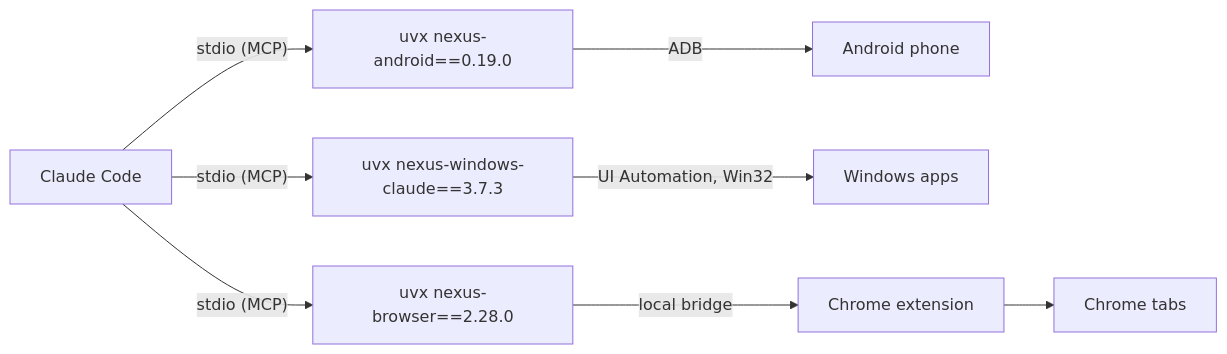
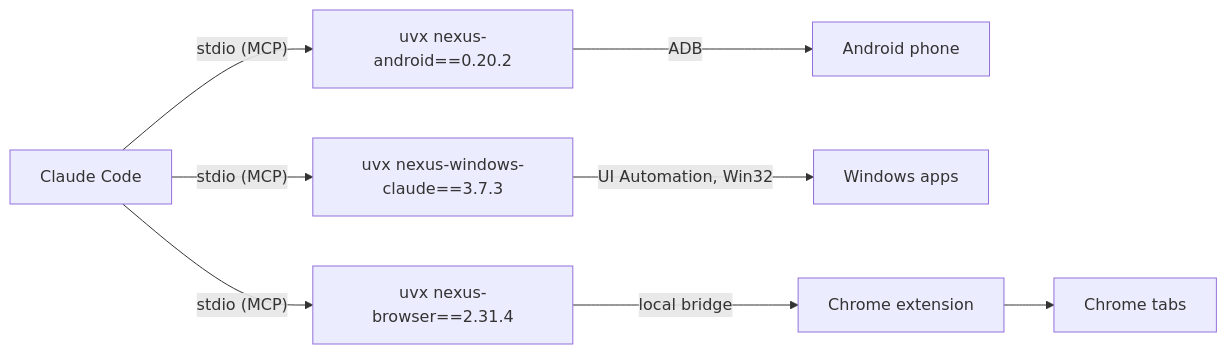
One commit to pironjulien/NexusSystem changed the diagram in README.md. Above: the diagram before and after it, drawn with Mermaid. The commit also changed 16 other files, not shown here.

Commit message:
1.6.24: nexus-android 0.20.2, nexus-browser 2.31.4

````diff
--- a/README.md
+++ b/README.md
@@ -129,6 +129,6 @@
 ```mermaid
 flowchart LR
-    C["Claude Code"] -- "stdio (MCP)" --> A["uvx nexus-android==0.19.0"] -- ADB --> P["Android phone"]
+    C["Claude Code"] -- "stdio (MCP)" --> A["uvx nexus-android==0.20.2"] -- ADB --> P["Android phone"]
     C -- "stdio (MCP)" --> W["uvx nexus-windows-claude==3.7.3"] -- "UI Automation, Win32" --> D["Windows apps"]
-    C -- "stdio (MCP)" --> B["uvx nexus-browser==2.28.0"] -- "local bridge" --> E["Chrome extension"] --> T["Chrome tabs"]
+    C -- "stdio (MCP)" --> B["uvx nexus-browser==2.31.4"] -- "local bridge" --> E["Chrome extension"] --> T["Chrome tabs"]
 ```
````
